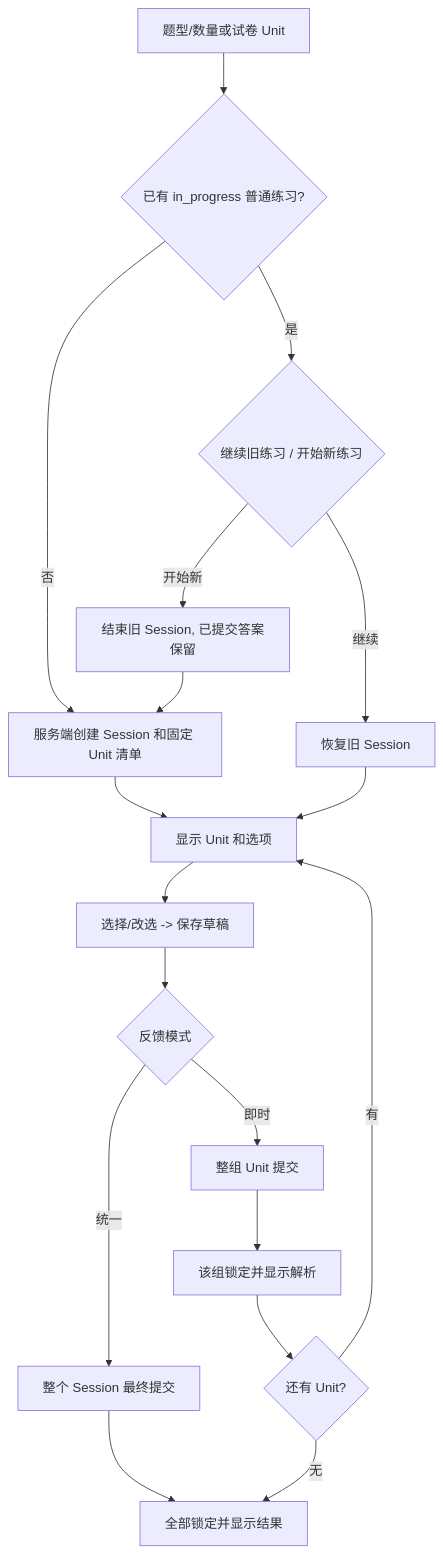
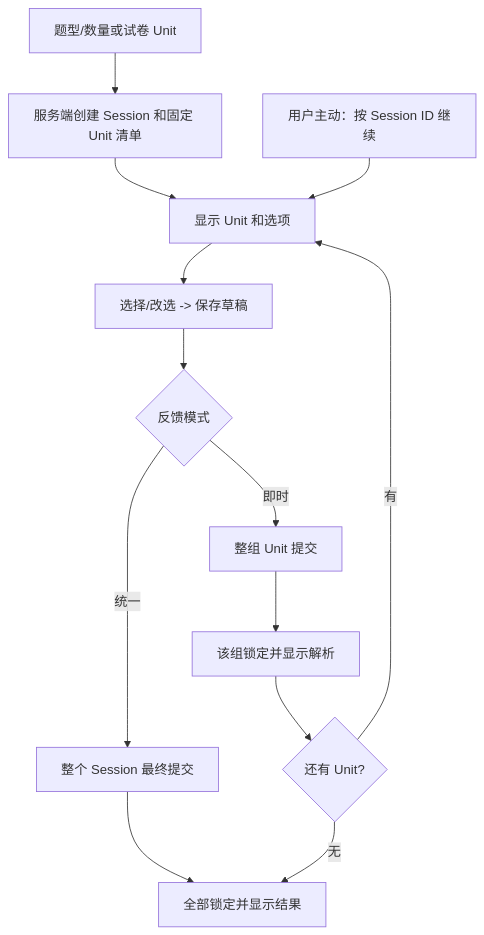
Before and after one commit to DaveSteven/nhg-manabi-v2: the diagram in docs/design/practice-interactions.md, drawn with Mermaid. The commit also changed other lines of this file and 28 other files, not shown here.

````diff
--- a/docs/design/practice-interactions.md
+++ b/docs/design/practice-interactions.md
@@ -7,20 +7,15 @@
 ```mermaid
 flowchart TD
-    A[题型/数量或试卷 Unit] --> B{已有 in_progress 普通练习?}
-    B -- 否 --> C[服务端创建 Session 和固定 Unit 清单]
-    B -- 是 --> D{继续旧练习 / 开始新练习}
-    D -- 继续 --> E[恢复旧 Session]
-    D -- 开始新 --> F[结束旧 Session, 已提交答案保留]
-    F --> C
+    A[题型/数量或试卷 Unit] --> C[服务端创建 Session 和固定 Unit 清单]
     C --> G[显示 Unit 和选项]
-    E --> G
+    R[用户主动：按 Session ID 继续] --> G
     G --> H[选择/改选 -> 保存草稿]
     H --> I{反馈模式}
     I -- 即时 --> J[整组 Unit 提交]
     I -- 统一 --> K[整个 Session 最终提交]
     J --> L[该组锁定并显示解析]
     K --> M[全部锁定并显示结果]
     L --> N{还有 Unit?}
     N -- 有 --> G
     N -- 无 --> M
 ```
````
